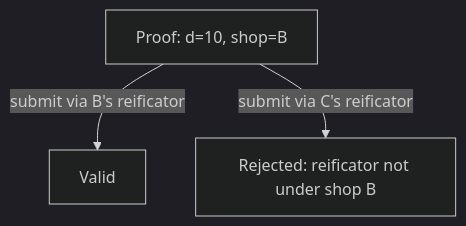
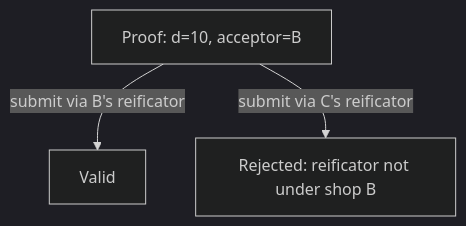
The second of 4 diagrams in docs/protocol/security.md (lambdasistemi/harvest), drawn with Mermaid (dark theme) before and after one commit. The commit also changed other lines of this file and 5 other files, not shown here.

````diff
--- a/docs/protocol/security.md
+++ b/docs/protocol/security.md
@@ -73,5 +73,5 @@
 ```mermaid
 graph TD
-    PROOF["Proof: d=10, shop=B"] -->|submit via B's reificator| OK[Valid]
+    PROOF["Proof: d=10, acceptor=B"] -->|submit via B's reificator| OK[Valid]
     PROOF -->|submit via C's reificator| FAIL[Rejected: reificator not under shop B]
 ```
````
